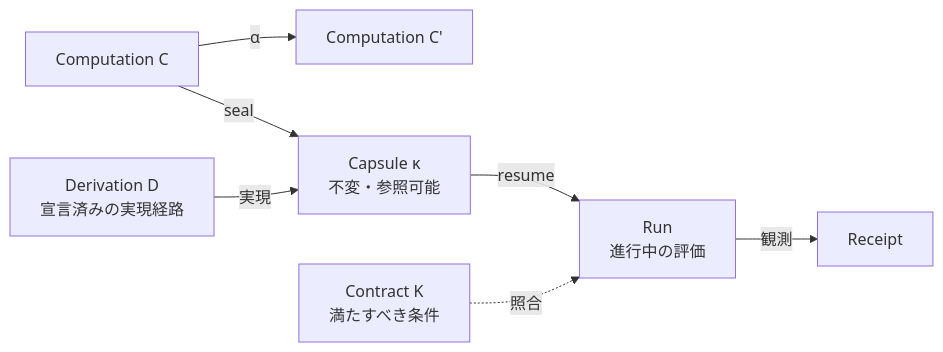
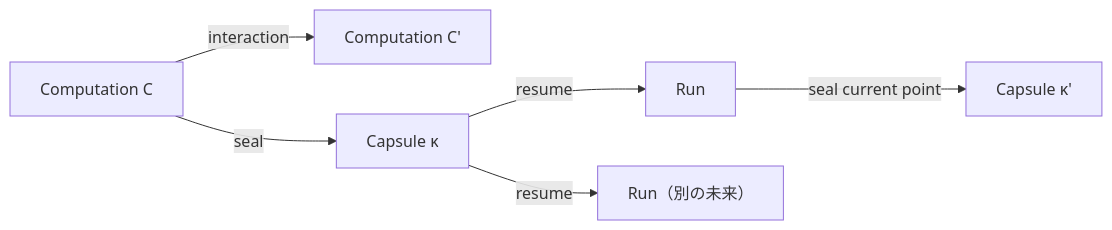
One commit to ato-run/ato changed the first of 2 diagrams in README.ja.md. Above: the diagram before and after it, drawn with Mermaid. The commit also changed other lines of this file and 2 other files, not shown here.

````diff
--- a/README.ja.md
+++ b/README.ja.md
@@ -17,9 +23,8 @@
 ```mermaid
 flowchart LR
-    C["Computation C"] -->|"α"| C2["Computation C'"]
-    C -->|"seal"| CAP["Capsule κ<br/>不変・参照可能"]
-    CAP -->|"resume"| RUN["Run<br/>進行中の評価"]
-    K["Contract K<br/>満たすべき条件"] -.->|"照合"| RUN
-    D["Derivation D<br/>宣言済みの実現経路"] -->|"実現"| CAP
-    RUN -->|"観測"| REC["Receipt"]
+    C["Computation C"] -->|"interaction"| C2["Computation C'"]
+    C -->|"seal"| CAP["Capsule κ"]
+    CAP -->|"resume"| RUN["Run"]
+    RUN -->|"seal current point"| CAP2["Capsule κ'"]
+    CAP -->|"resume"| RUN2["Run（別の未来）"]
 ```
````
